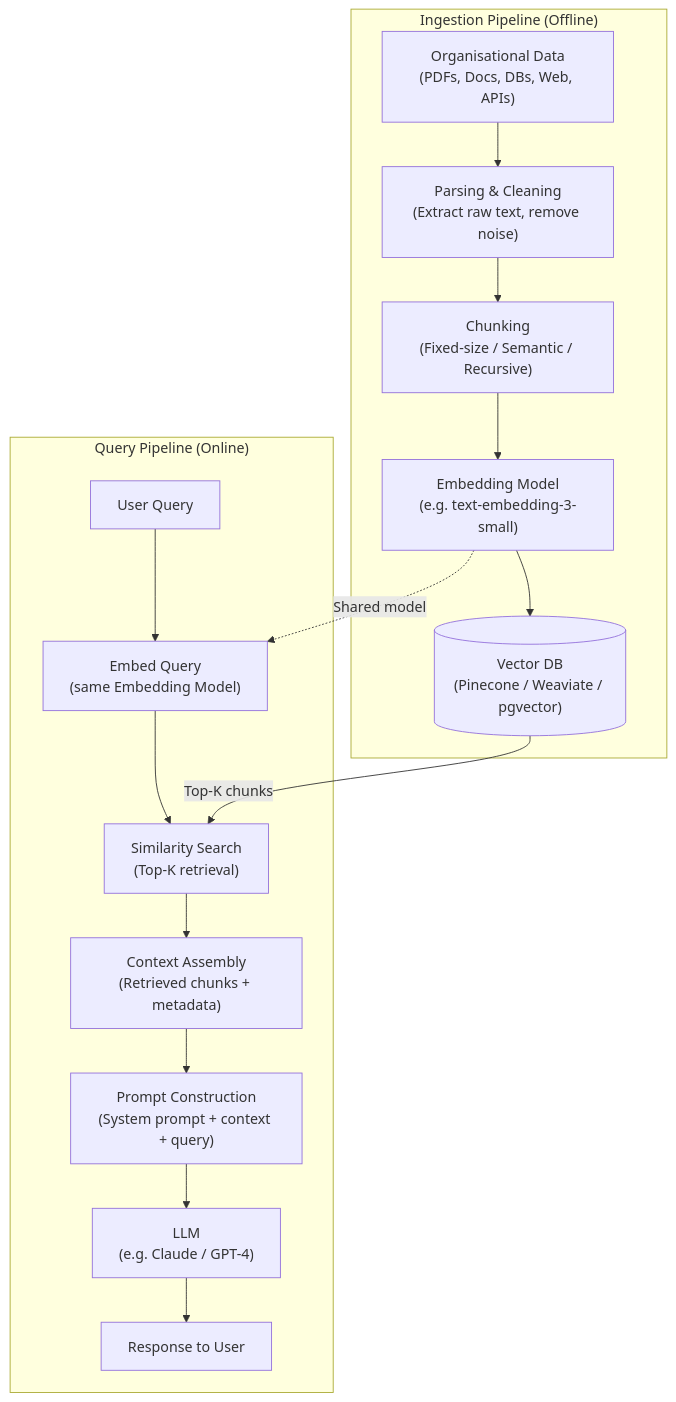
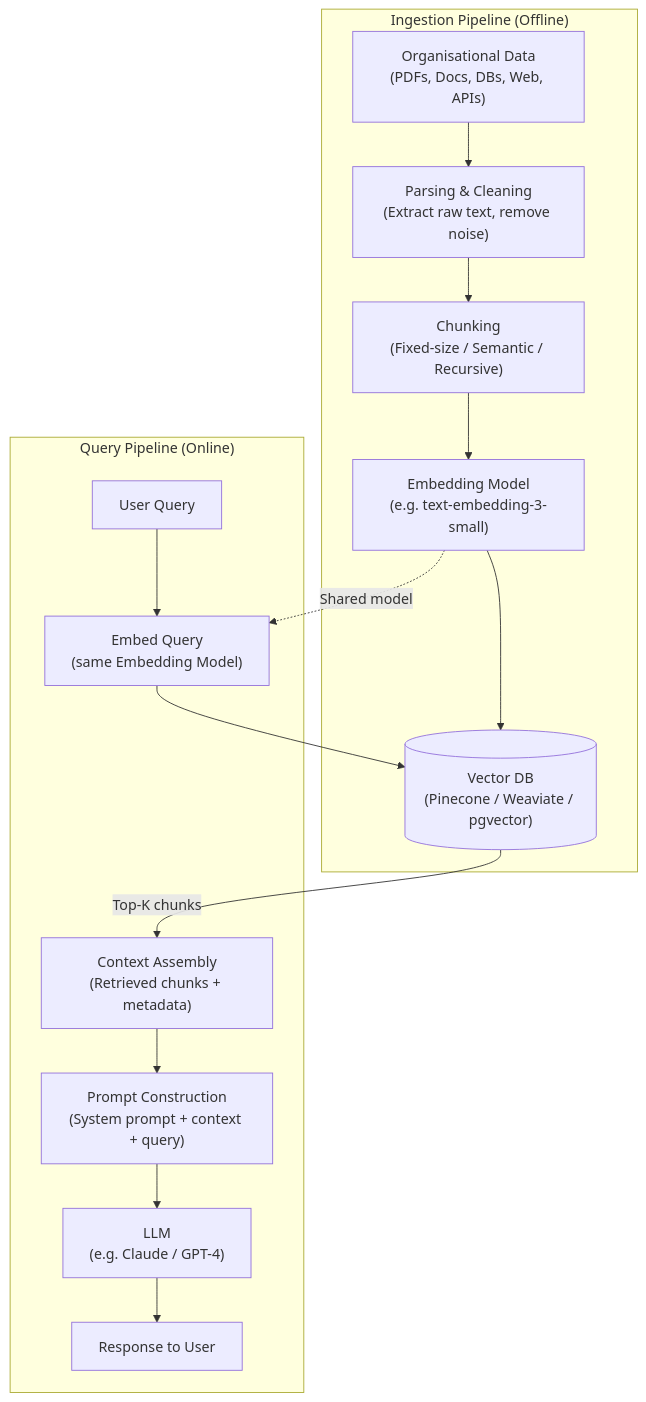
The diagram in Notes.md (AtharvaGokhale95/RAG_Pipeline), drawn with Mermaid before and after one commit. The commit also changed 2 other files, not shown here.

Commit message:
diagram updated in the .md file

````diff
--- a/Notes.md
+++ b/Notes.md
@@ -5,27 +5,26 @@
 ```mermaid
 flowchart TD
     subgraph INGESTION["Ingestion Pipeline (Offline)"]
         A1["Organisational Data\n(PDFs, Docs, DBs, Web, APIs)"]
         A2["Parsing & Cleaning\n(Extract raw text, remove noise)"]
         A3["Chunking\n(Fixed-size / Semantic / Recursive)"]
         A4["Embedding Model\n(e.g. text-embedding-3-small)"]
         A5[("Vector DB\n(Pinecone / Weaviate / pgvector)")]
 
         A1 --> A2 --> A3 --> A4 --> A5
     end
 
     subgraph QUERY["Query Pipeline (Online)"]
         B1["User Query"]
         B2["Embed Query\n(same Embedding Model)"]
-        B3["Similarity Search\n(Top-K retrieval)"]
         B4["Context Assembly\n(Retrieved chunks + metadata)"]
         B5["Prompt Construction\n(System prompt + context + query)"]
         B6["LLM\n(e.g. Claude / GPT-4)"]
         B7["Response to User"]
 
-        B1 --> B2 --> B3 --> B4 --> B5 --> B6 --> B7
+        B1 --> B2 --> A5
+        A5 -->|"Top-K chunks"| B4 --> B5 --> B6 --> B7
     end
 
-    A5 -->|"Top-K chunks"| B3
     A4 -.->|"Shared model"| B2
 ```
````
